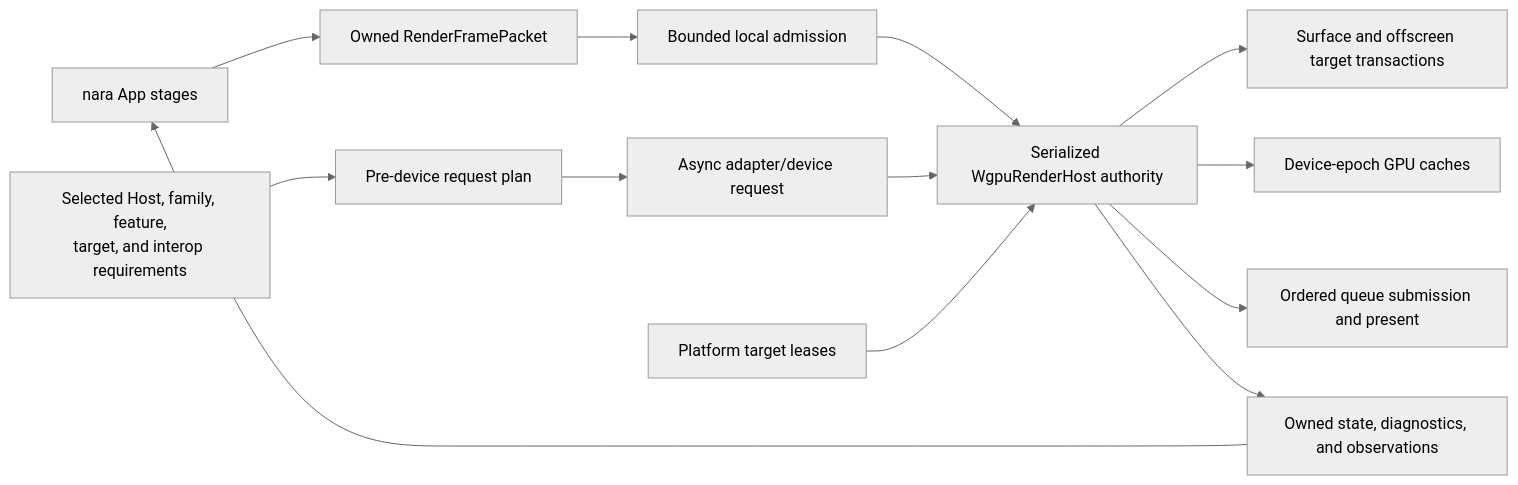
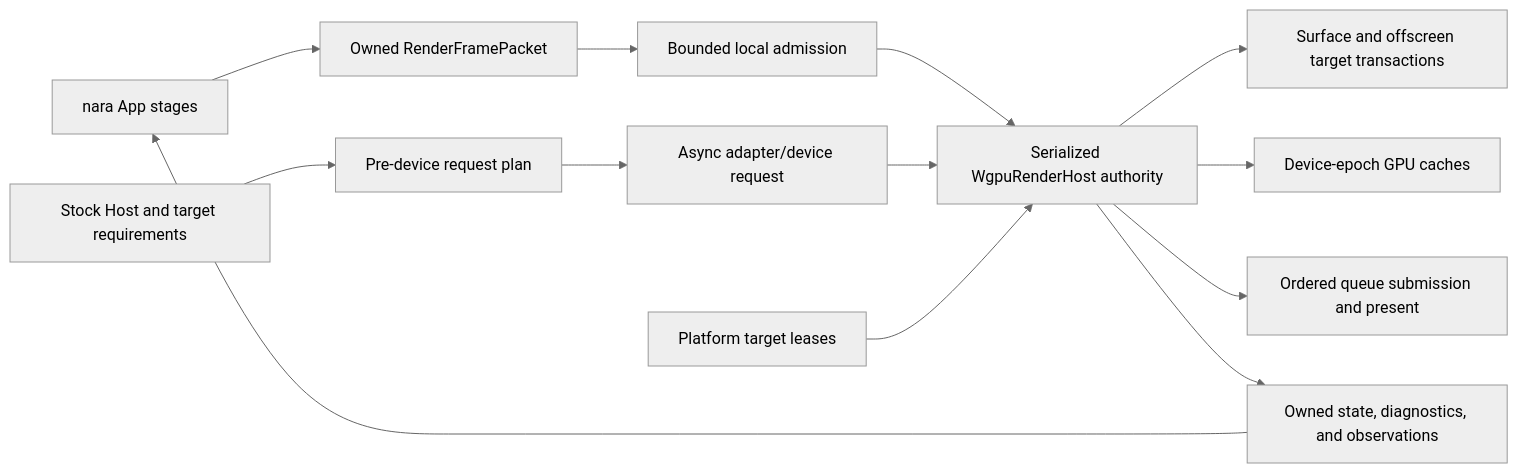
Before and after one commit to Latias94/nara: the first of 2 diagrams in docs/architecture/adr/0078-render-host-affinity-webgpu-initialization-and-device-recovery.md, drawn with Mermaid (neutral theme). The commit also changed other lines of this file and 28 other files, not shown here.

Commit message:
docs(architecture): rebaseline render and UI extension boundaries

````diff
--- a/docs/architecture/adr/0078-render-host-affinity-webgpu-initialization-and-device-recovery.md
+++ b/docs/architecture/adr/0078-render-host-affinity-webgpu-initialization-and-device-recovery.md
@@ -51,15 +52,15 @@
 ```mermaid
 flowchart LR
     App[nara App stages] --> Packet[Owned RenderFramePacket]
     Packet --> Mailbox[Bounded local admission]
     Mailbox --> Host[Serialized WgpuRenderHost authority]
-    Requirements[Selected Host, family, feature,<br/>target, and interop requirements] --> DevicePlan[Pre-device request plan]
+    Requirements[Stock Host and target requirements] --> DevicePlan[Pre-device request plan]
     DevicePlan --> Init
     Init[Async adapter/device request] --> Host
     Handles[Platform target leases] --> Host
     Host --> Surface[Surface and offscreen target transactions]
     Host --> Cache[Device-epoch GPU caches]
     Host --> Submit[Ordered queue submission and present]
     Host --> Events[Owned state, diagnostics, and observations]
     Events --> App
 ```
````
